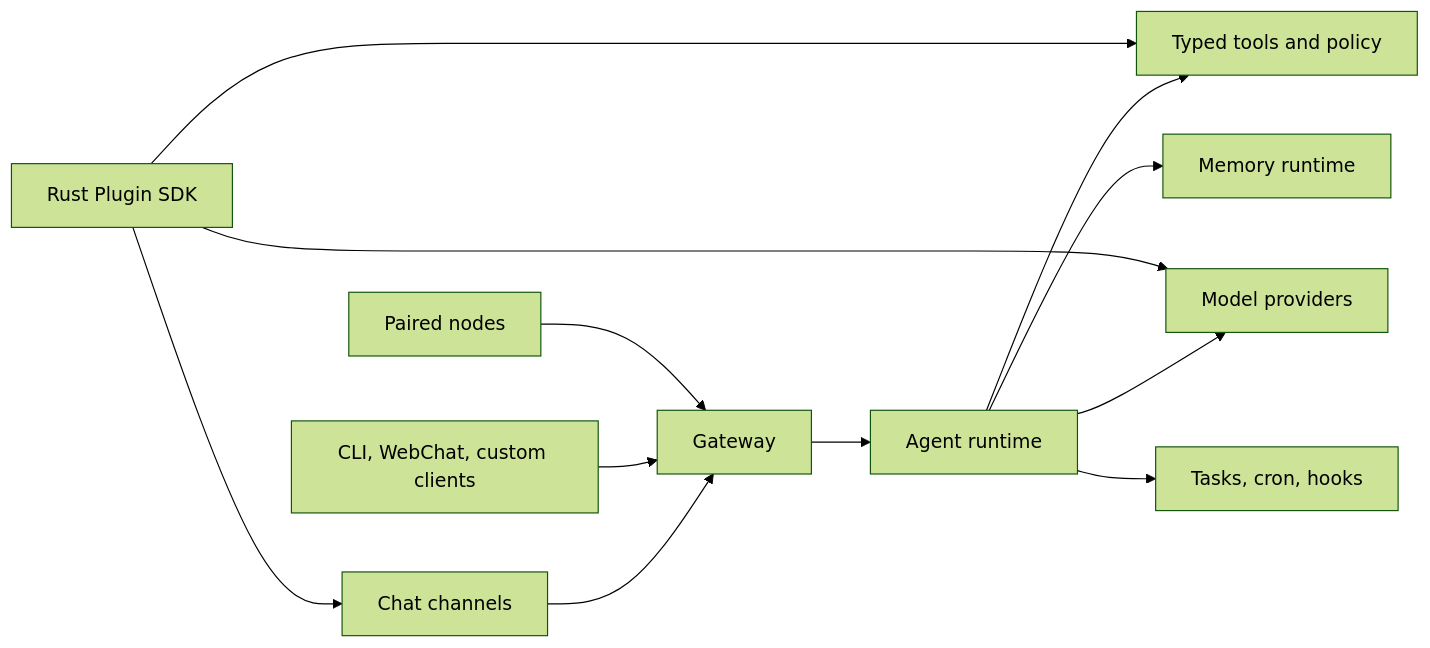
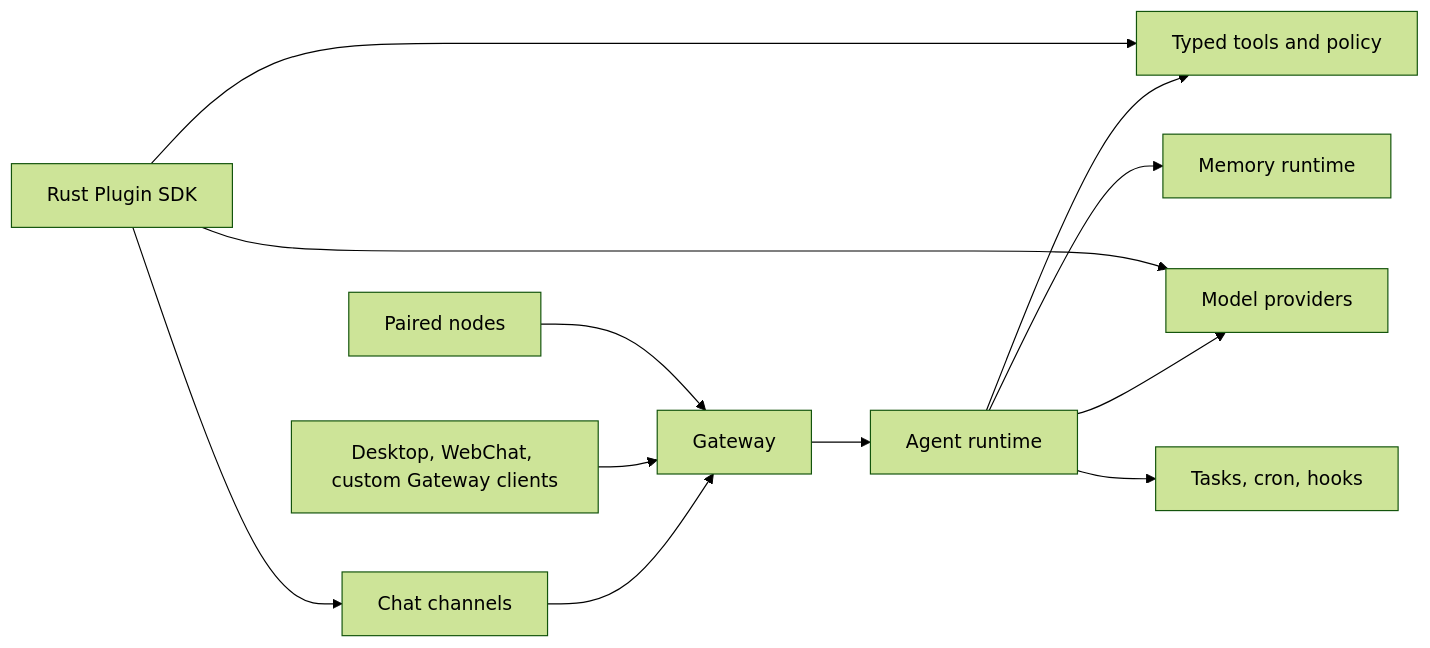
Before and after one commit to qianleigood/crawclaw: the diagram in README.zh-CN.md, drawn with Mermaid (forest theme). The commit also changed other lines of this file and 120 other files, not shown here.

Commit message:
Architecture: consolidate repo tooling boundaries

````diff
--- a/README.zh-CN.md
+++ b/README.zh-CN.md
@@ -138,14 +105,14 @@
 ```mermaid
 flowchart LR
   Channels["Chat channels"] --> Gateway["Gateway"]
-  Clients["CLI, WebChat, custom clients"] --> Gateway
+  Clients["Desktop, WebChat, custom Gateway clients"] --> Gateway
   Nodes["Paired nodes"] --> Gateway
   Gateway --> Agent["Agent runtime"]
   Agent --> Tools["Typed tools and policy"]
   Agent --> Providers["Model providers"]
   Agent --> Memory["Memory runtime"]
   Agent --> Automation["Tasks, cron, hooks"]
   Plugins["Rust Plugin SDK"] --> Channels
   Plugins --> Tools
   Plugins --> Providers
 ```
````
